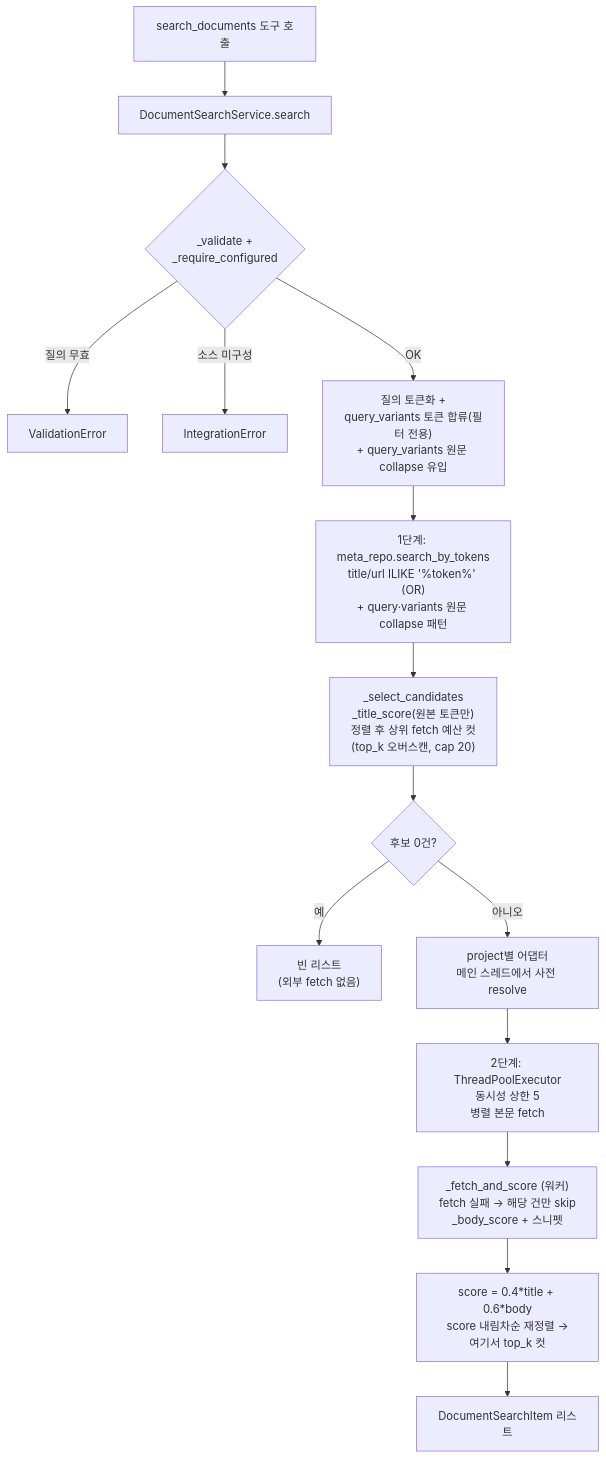
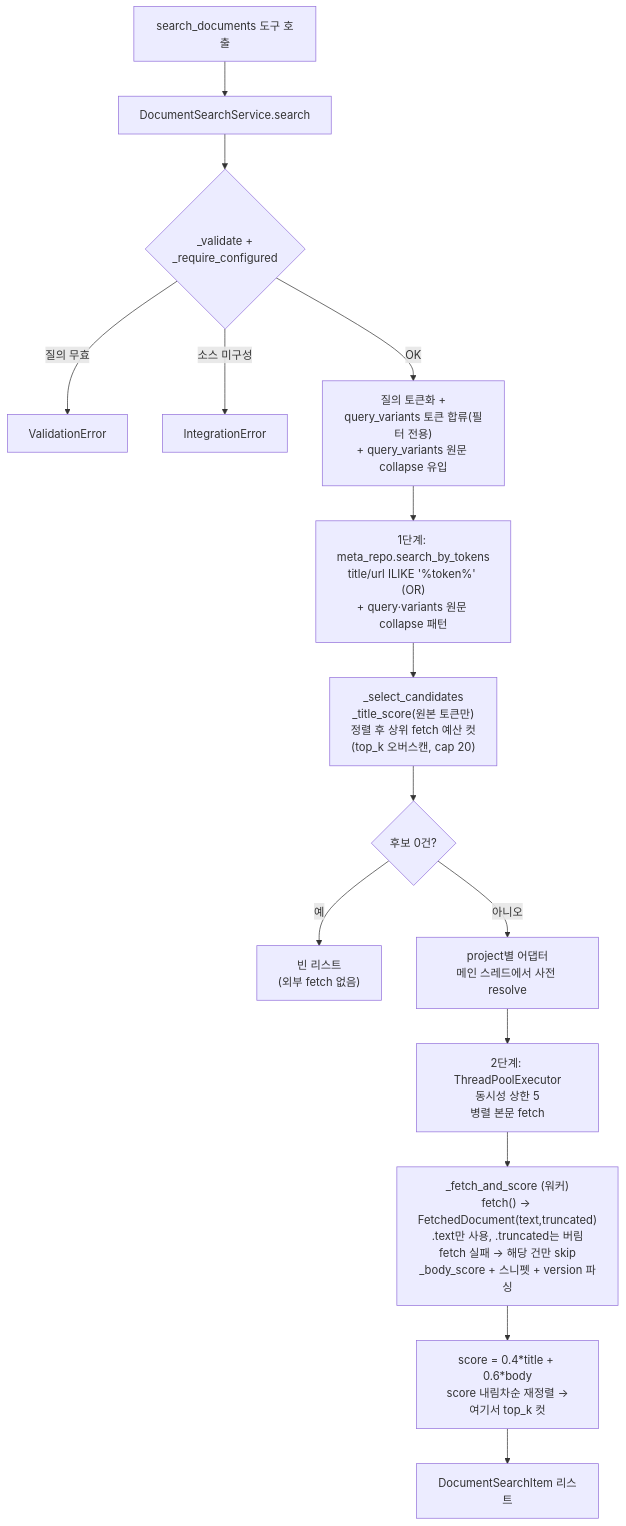
One commit to khangte/docs-mcp changed the second of 2 diagrams in docs/search-flow.md. Above: the diagram before and after it, drawn with Mermaid. The commit also changed other lines of this file, not shown here.

First line of the commit message:
docs: search-flow.md에 fetch() 반환타입 변경·version 파싱 반영

````diff
--- a/docs/search-flow.md
+++ b/docs/search-flow.md
@@ -122,17 +122,17 @@
 ```mermaid
 flowchart TD
     A["search_documents 도구 호출"] --> B["DocumentSearchService.search"]
     B --> V{"_validate +<br/>_require_configured"}
     V -->|"질의 무효"| ERR1["ValidationError"]
     V -->|"소스 미구성"| ERR2["IntegrationError"]
     V -->|"OK"| T["질의 토큰화 +<br/>query_variants 토큰 합류(필터 전용)<br/>+ query_variants 원문 collapse 유입"]
     T --> S1["1단계: meta_repo.search_by_tokens<br/>title/url ILIKE '%token%' (OR)<br/>+ query·variants 원문 collapse 패턴"]
     S1 --> SC["_select_candidates<br/>_title_score(원본 토큰만)<br/>정렬 후 상위 fetch 예산 컷<br/>(top_k 오버스캔, cap 20)"]
     SC --> Z{"후보 0건?"}
     Z -->|"예"| EMPTY["빈 리스트<br/>(외부 fetch 없음)"]
     Z -->|"아니오"| PR["project별 어댑터<br/>메인 스레드에서 사전 resolve"]
     PR --> POOL["2단계: ThreadPoolExecutor<br/>동시성 상한 5<br/>병렬 본문 fetch"]
-    POOL --> FS["_fetch_and_score (워커)<br/>fetch 실패 → 해당 건만 skip<br/>_body_score + 스니펫"]
+    POOL --> FS["_fetch_and_score (워커)<br/>fetch() → FetchedDocument(text,truncated)<br/>.text만 사용, .truncated는 버림<br/>fetch 실패 → 해당 건만 skip<br/>_body_score + 스니펫 + version 파싱"]
     FS --> RANK["score = 0.4*title + 0.6*body<br/>score 내림차순 재정렬 →<br/>여기서 top_k 컷"]
     RANK --> OUT["DocumentSearchItem 리스트"]
 ```
````
